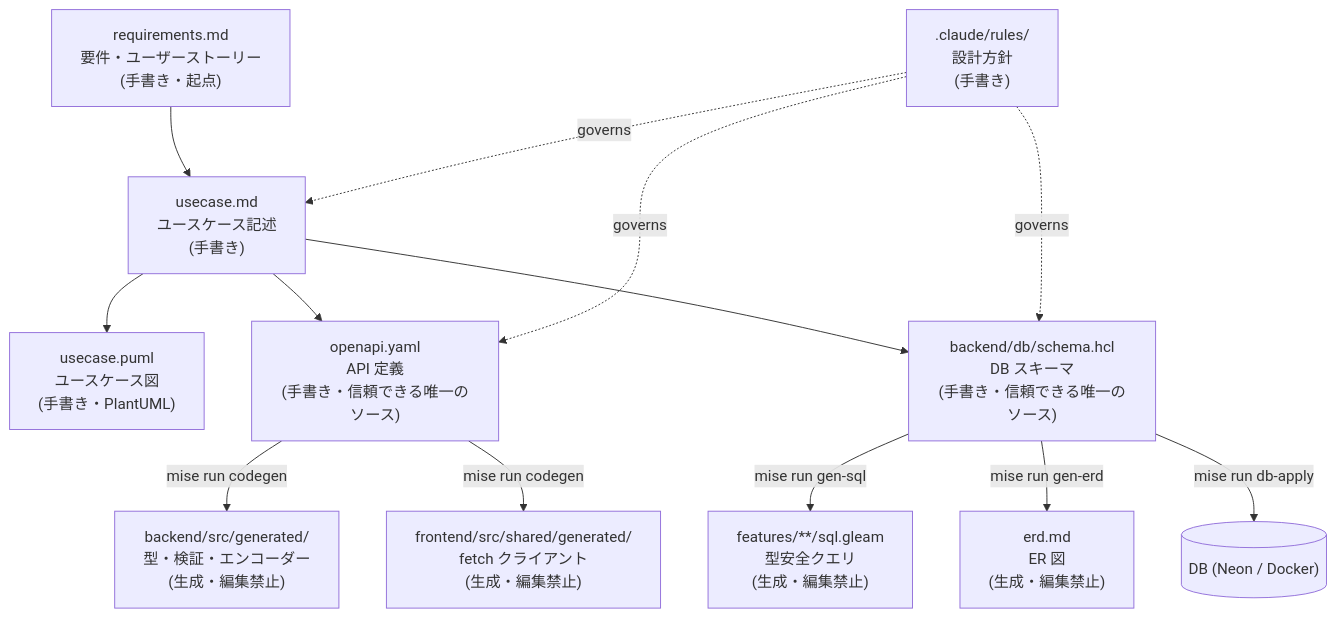
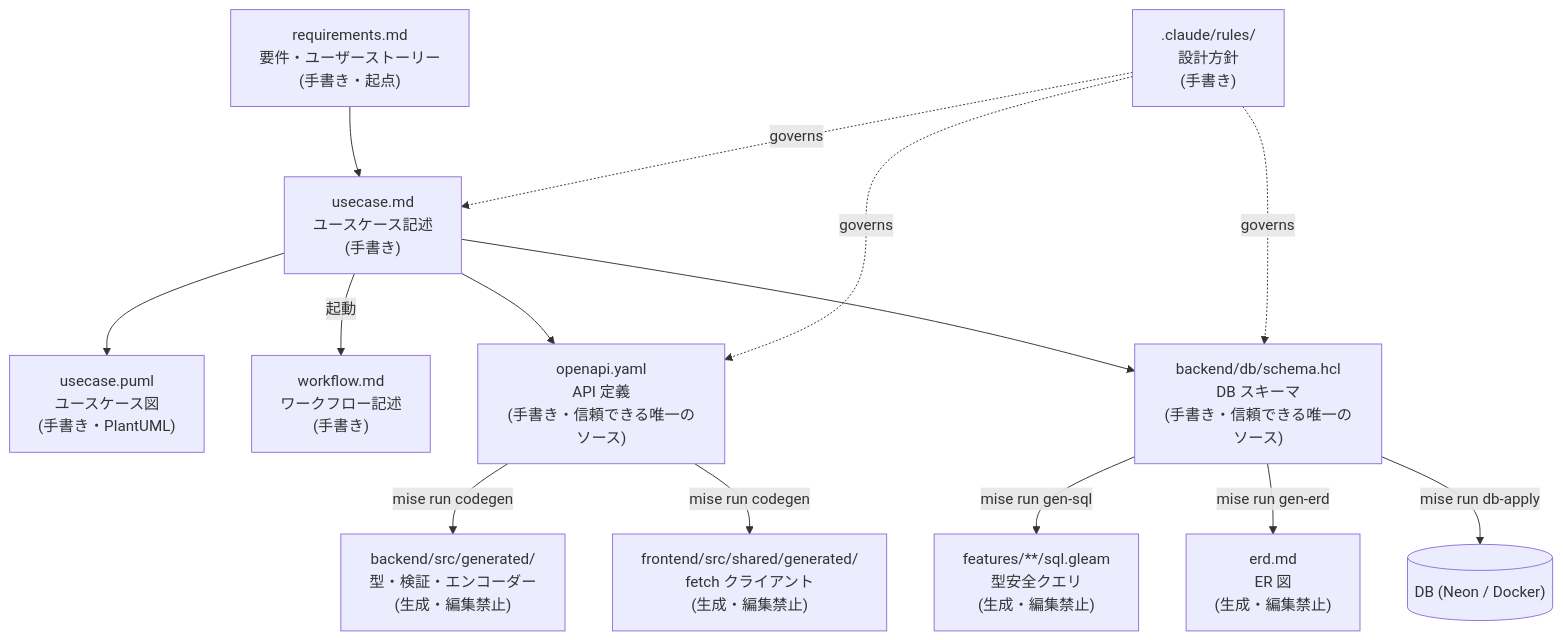
Before and after one commit to NabeKz/es-site: the diagram in docs/README.md, drawn with Mermaid. The commit also changed other lines of this file and 3 other files, not shown here.

````diff
--- a/docs/README.md
+++ b/docs/README.md
@@ -8,31 +8,33 @@
 ```mermaid
 flowchart TD
     req["requirements.md<br/>要件・ユーザーストーリー<br/>(手書き・起点)"]
     uc["usecase.md<br/>ユースケース記述<br/>(手書き)"]
     uc_puml["usecase.puml<br/>ユースケース図<br/>(手書き・PlantUML)"]
+    wf["workflow.md<br/>ワークフロー記述<br/>(手書き)"]
 
     api["openapi.yaml<br/>API 定義<br/>(手書き・信頼できる唯一のソース)"]
     schema["backend/db/schema.hcl<br/>DB スキーマ<br/>(手書き・信頼できる唯一のソース)"]
 
     gen_be["backend/src/generated/<br/>型・検証・エンコーダー<br/>(生成・編集禁止)"]
     gen_fe["frontend/src/shared/generated/<br/>fetch クライアント<br/>(生成・編集禁止)"]
     sql_gen["features/**/sql.gleam<br/>型安全クエリ<br/>(生成・編集禁止)"]
     erd["erd.md<br/>ER 図<br/>(生成・編集禁止)"]
     db[("DB (Neon / Docker)")]
 
     req --> uc
     uc --> uc_puml
+    uc -->|起動| wf
     uc --> api
     uc --> schema
 
     api -->|mise run codegen| gen_be
     api -->|mise run codegen| gen_fe
     schema -->|mise run gen-sql| sql_gen
     schema -->|mise run gen-erd| erd
     schema -->|mise run db-apply| db
 
     rules[".claude/rules/<br/>設計方針<br/>(手書き)"]
     rules -.governs.-> uc
     rules -.governs.-> api
     rules -.governs.-> schema
 ```
````
